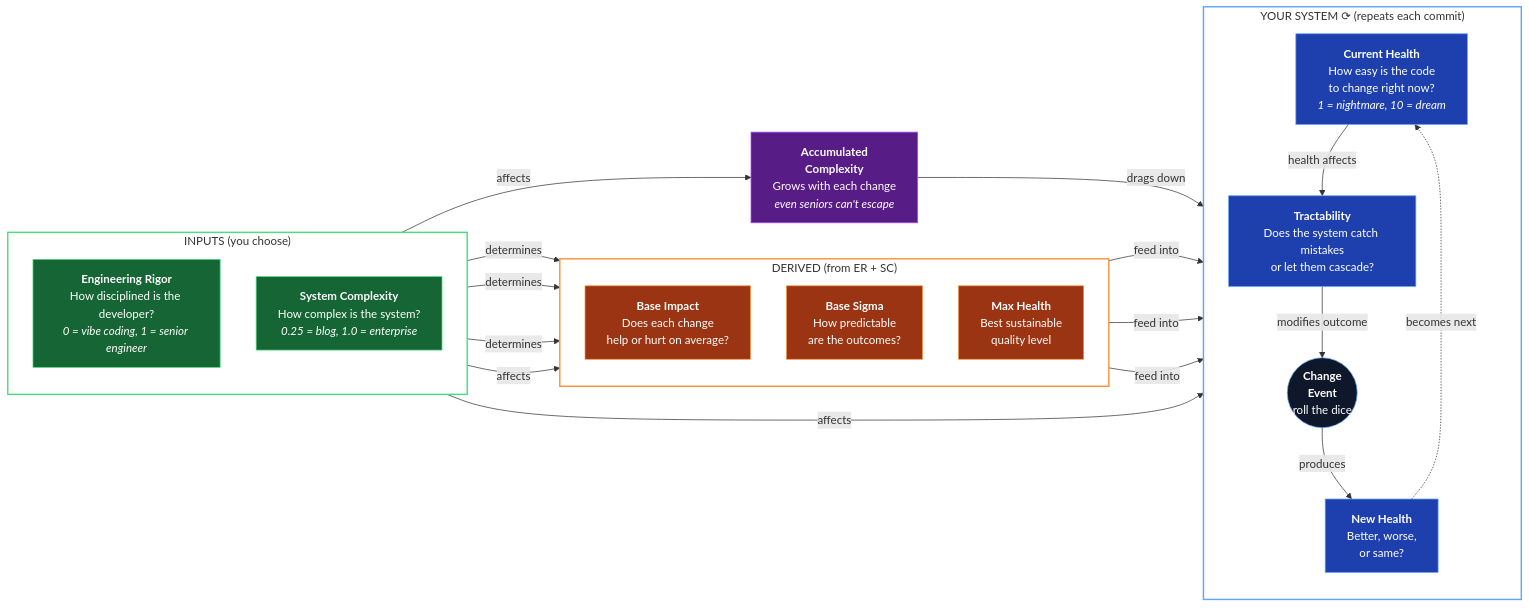
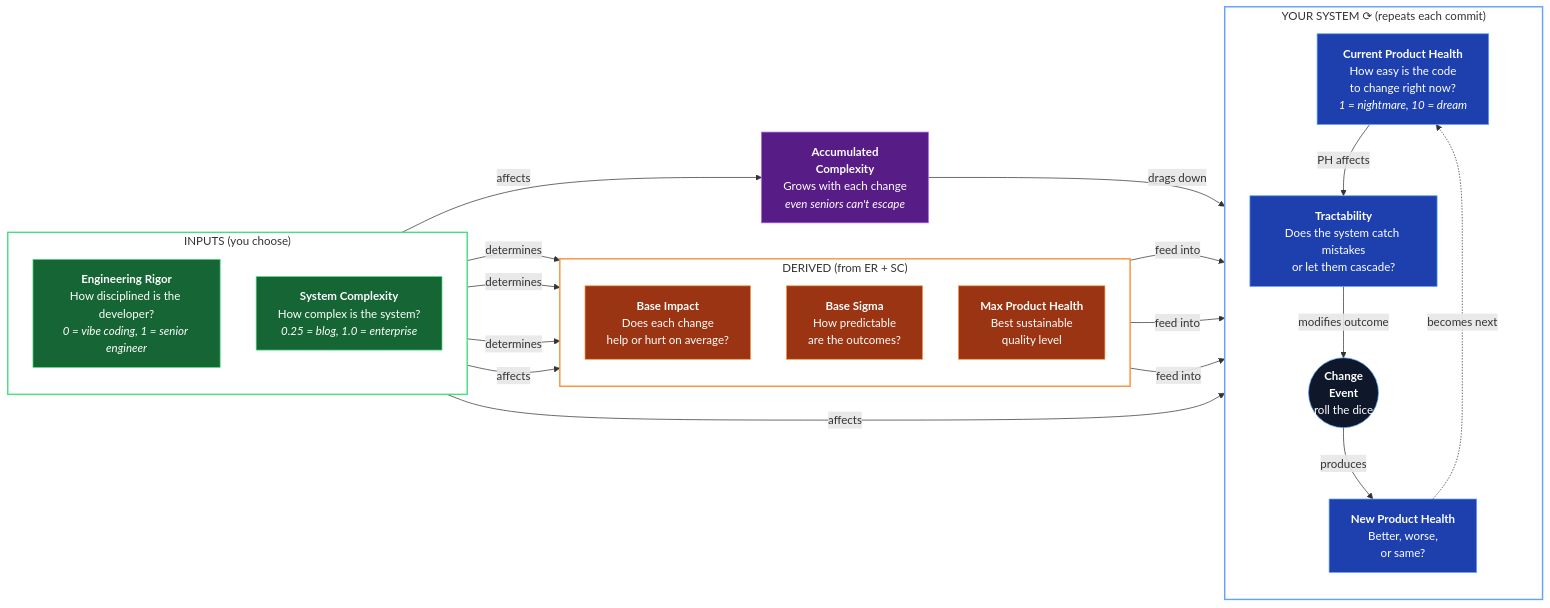
The diagram in README.md (dawid-dahl-umain/product-health-dynamics), drawn with Mermaid before and after one commit. The commit also changed other lines of this file, not shown here.

Commit message:
docs: refine terminology in README to consistently use 'Product Health' instead of 'Health'

````diff
--- a/README.md
+++ b/README.md
@@ -74,53 +74,53 @@
 ```mermaid
 flowchart LR
     subgraph inputs ["INPUTS (you choose)"]
         direction TB
         ER["<b>Engineering Rigor</b><br/>How disciplined is the developer?<br/><i>0 = vibe coding, 1 = senior engineer</i>"]
         SC["<b>System Complexity</b><br/>How complex is the system?<br/><i>0.25 = blog, 1.0 = enterprise</i>"]
     end
 
     subgraph derived ["DERIVED (from ER + SC)"]
         direction TB
         BI["<b>Base Impact</b><br/>Does each change<br/>help or hurt on average?"]
         BS["<b>Base Sigma</b><br/>How predictable<br/>are the outcomes?"]
-        MH["<b>Max Health</b><br/>Best sustainable<br/>quality level"]
+        MH["<b>Max Product Health</b><br/>Best sustainable<br/>quality level"]
     end
 
     subgraph loop ["YOUR SYSTEM ⟳ (repeats each commit)"]
         direction TB
-        PH["<b>Current Health</b><br/>How easy is the code<br/>to change right now?<br/><i>1 = nightmare, 10 = dream</i>"]
+        PH["<b>Current Product Health</b><br/>How easy is the code<br/>to change right now?<br/><i>1 = nightmare, 10 = dream</i>"]
         SS["<b>Tractability</b><br/>Does the system catch mistakes<br/>or let them cascade?"]
         CE(("<b>Change</b><br/><b>Event</b><br/>roll the dice"))
-        NPH["<b>New Health</b><br/>Better, worse,<br/>or same?"]
+        NPH["<b>New Product Health</b><br/>Better, worse,<br/>or same?"]
 
-        PH -->|"health affects"| SS
+        PH -->|"PH affects"| SS
         SS -->|"modifies outcome"| CE
         CE -->|"produces"| NPH
         NPH -.->|"becomes next"| PH
     end
 
     AC["<b>Accumulated</b><br/><b>Complexity</b><br/>Grows with each change<br/><i>even seniors can't escape</i>"]
 
     ER -->|"determines"| BI & BS & MH
     SC -->|"affects"| BI
     SC -->|"affects"| SS
     SC -->|"affects"| AC
     BI & BS & MH -->|"feed into"| CE
     AC -->|"drags down"| CE
 
     style inputs fill:none,stroke:#4ade80,stroke-width:2px
     style derived fill:none,stroke:#fb923c,stroke-width:2px
     style loop fill:none,stroke:#60a5fa,stroke-width:2px
 
     classDef inputNode fill:#166534,stroke:#4ade80,color:#fff
     classDef derivedNode fill:#9a3412,stroke:#fb923c,color:#fff
     classDef loopNode fill:#1e40af,stroke:#60a5fa,color:#fff
     classDef timeNode fill:#581c87,stroke:#a855f7,color:#fff
     classDef eventNode fill:#0f172a,stroke:#60a5fa,color:#fff
 
     class ER,SC inputNode
     class BI,BS,MH derivedNode
     class PH,SS,NPH loopNode
     class CE eventNode
     class AC timeNode
 ```
````
